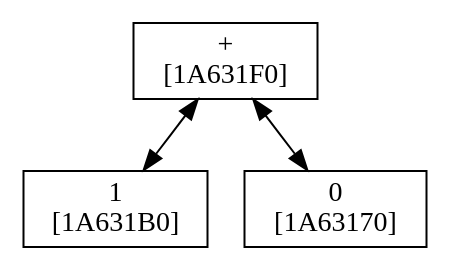
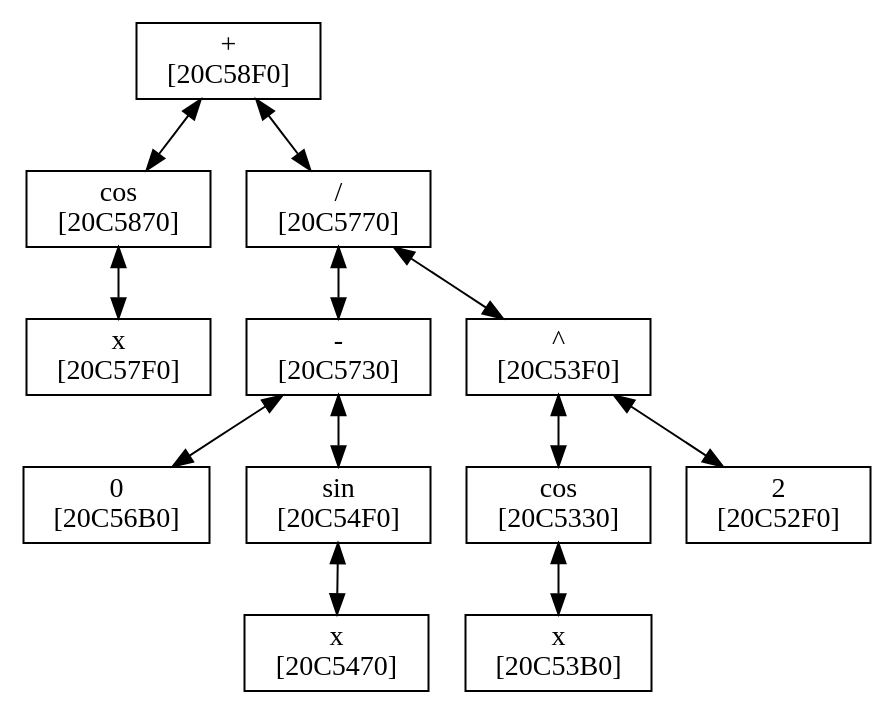
One commit to isgerasin/1sem changed the diagram in Differ/Debug/graph_tree2.gv. Above: the diagram before and after it, drawn with Graphviz. The commit also changed 31 other files, not shown here.

```diff
--- a/Differ/Debug/graph_tree2.gv
+++ b/Differ/Debug/graph_tree2.gv
@@ -1,10 +1,37 @@
 digraph Tree
 {
 	node[shape = polygon]; edge[dir=both];
 	"+
-[1A631F0]"->"1
-[1A631B0]"
+[20C58F0]"->"cos
+[20C5870]"
+	"cos
+[20C5870]"->"x
+[20C57F0]"
 	"+
-[1A631F0]"->"0
-[1A63170]"
+[20C58F0]"->"/
+[20C5770]"
+	"/
+[20C5770]"->"-
+[20C5730]"
+	"-
+[20C5730]"->"0
+[20C56B0]"
+	"-
+[20C5730]"->"sin
+[20C54F0]"
+	"sin
+[20C54F0]"->"x
+[20C5470]"
+	"/
+[20C5770]"->"^
+[20C53F0]"
+	"^
+[20C53F0]"->"cos
+[20C5330]"
+	"cos
+[20C5330]"->"x
+[20C53B0]"
+	"^
+[20C53F0]"->"2
+[20C52F0]"
 }
```
